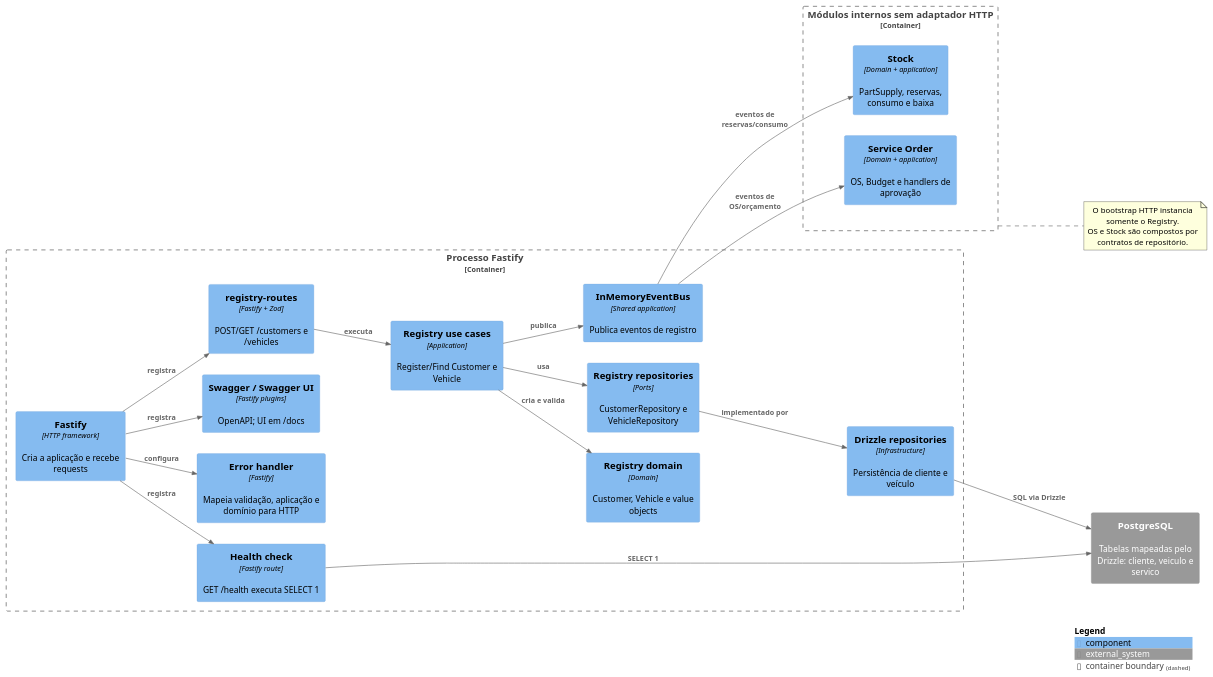
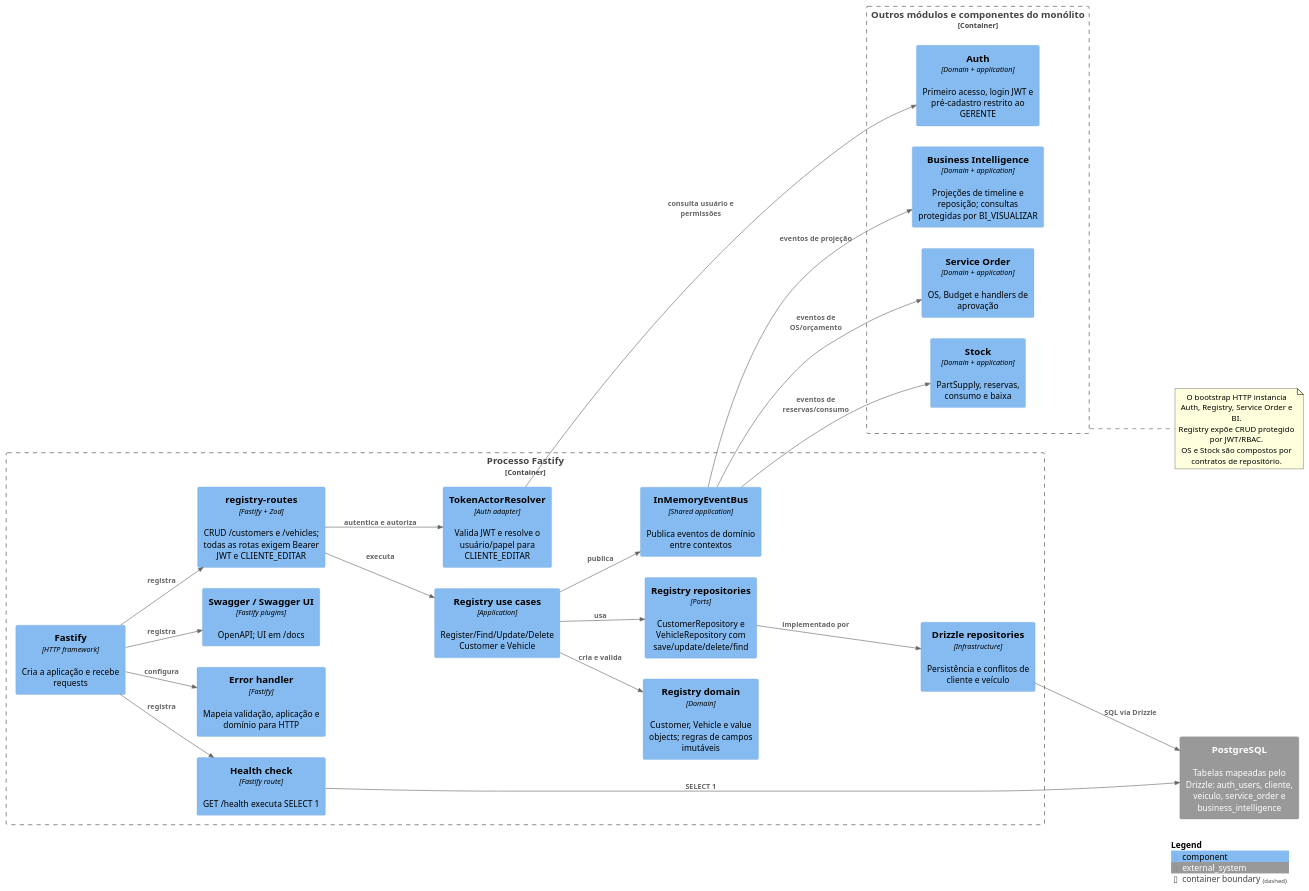
The diagram in docs/plantuml/c4-components.puml (15soat-fiap-45/api.mecanica), drawn with PlantUML before and after one commit. The commit also changed 13 other files, not shown here.

First line of the commit message:
docs(architecture): align diagrams and setup docs with current API

```diff
--- a/docs/plantuml/c4-components.puml
+++ b/docs/plantuml/c4-components.puml
@@ -1,42 +1,49 @@
 @startuml C4 Components - API Oficina Mecanica
 !include https://raw.githubusercontent.com/plantuml-stdlib/C4-PlantUML/master/C4_Component.puml
 LAYOUT_LEFT_RIGHT()
 
 Container_Boundary(api, "Processo Fastify") {
     Component(fastify, "Fastify", "HTTP framework", "Cria a aplicação e recebe requests")
-    Component(routes, "registry-routes", "Fastify + Zod", "POST/GET /customers e /vehicles")
+    Component(routes, "registry-routes", "Fastify + Zod", "CRUD /customers e /vehicles; todas as rotas exigem Bearer JWT e CLIENTE_EDITAR")
     Component(error_handler, "Error handler", "Fastify", "Mapeia validação, aplicação e domínio para HTTP")
-    Component(use_cases, "Registry use cases", "Application", "Register/Find Customer e Vehicle")
-    Component(aggregates, "Registry domain", "Domain", "Customer, Vehicle e value objects")
-    Component(repositories, "Registry repositories", "Ports", "CustomerRepository e VehicleRepository")
-    Component(drizzle_adapters, "Drizzle repositories", "Infrastructure", "Persistência de cliente e veículo")
-    Component(event_bus, "InMemoryEventBus", "Shared application", "Publica eventos de registro")
+    Component(use_cases, "Registry use cases", "Application", "Register/Find/Update/Delete Customer e Vehicle")
+    Component(aggregates, "Registry domain", "Domain", "Customer, Vehicle e value objects; regras de campos imutáveis")
+    Component(repositories, "Registry repositories", "Ports", "CustomerRepository e VehicleRepository com save/update/delete/find")
+    Component(drizzle_adapters, "Drizzle repositories", "Infrastructure", "Persistência e conflitos de cliente e veículo")
+    Component(actor_resolver, "TokenActorResolver", "Auth adapter", "Valida JWT e resolve o usuário/papel para CLIENTE_EDITAR")
+    Component(event_bus, "InMemoryEventBus", "Shared application", "Publica eventos de domínio entre contextos")
     Component(swagger, "Swagger / Swagger UI", "Fastify plugins", "OpenAPI; UI em /docs")
     Component(health, "Health check", "Fastify route", "GET /health executa SELECT 1")
 }
-Container_Boundary(other_contexts, "Módulos internos sem adaptador HTTP") {
+Container_Boundary(other_contexts, "Outros módulos e componentes do monólito") {
+    Component(auth, "Auth", "Domain + application", "Primeiro acesso, login JWT e pré-cadastro restrito ao GERENTE")
     Component(service_order, "Service Order", "Domain + application", "OS, Budget e handlers de aprovação")
     Component(stock, "Stock", "Domain + application", "PartSupply, reservas, consumo e baixa")
+    Component(bi, "Business Intelligence", "Domain + application", "Projeções de timeline e reposição; consultas protegidas por BI_VISUALIZAR")
 }
-System_Ext(postgres, "PostgreSQL", "Tabelas mapeadas pelo Drizzle: cliente, veiculo e servico")
+System_Ext(postgres, "PostgreSQL", "Tabelas mapeadas pelo Drizzle: auth_users, cliente, veiculo, service_order e business_intelligence")
 
 Rel(fastify, routes, "registra")
 Rel(fastify, error_handler, "configura")
 Rel(fastify, swagger, "registra")
 Rel(fastify, health, "registra")
 Rel(routes, use_cases, "executa")
+Rel(routes, actor_resolver, "autentica e autoriza")
+Rel(actor_resolver, auth, "consulta usuário e permissões")
 Rel(use_cases, aggregates, "cria e valida")
 Rel(use_cases, repositories, "usa")
 Rel(repositories, drizzle_adapters, "implementado por")
 Rel(drizzle_adapters, postgres, "SQL via Drizzle")
 Rel(use_cases, event_bus, "publica")
 Rel(event_bus, service_order, "eventos de OS/orçamento")
 Rel(event_bus, stock, "eventos de reservas/consumo")
+Rel(event_bus, bi, "eventos de projeção")
 Rel(health, postgres, "SELECT 1")
 
 note right of other_contexts
-    O bootstrap HTTP instancia somente o Registry.
+    O bootstrap HTTP instancia Auth, Registry, Service Order e BI.
+    Registry expõe CRUD protegido por JWT/RBAC.
     OS e Stock são compostos por contratos de repositório.
 end note
 SHOW_LEGEND()
 @enduml
```
